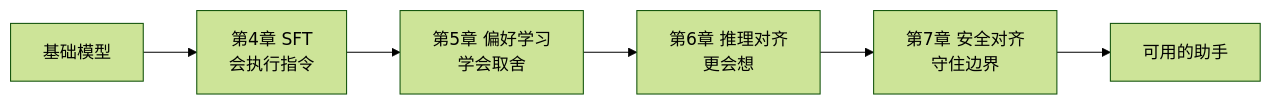
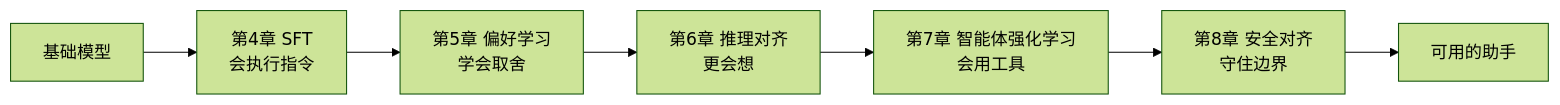
The second of 3 diagrams in 2. Alignment 与训练工程/1. 模型对齐（Alignment）——从基础模型到对话助手.md (AI-learning-simple/Build-Your-Own-LLM), drawn with Mermaid (forest theme) before and after one commit. The commit also changed other lines of this file and 21 other files, not shown here.

````diff
--- a/2. Alignment 与训练工程/1. 模型对齐（Alignment）——从基础模型到对话助手.md
+++ b/2. Alignment 与训练工程/1. 模型对齐（Alignment）——从基础模型到对话助手.md
@@ -173,8 +173,9 @@
 ```mermaid
 flowchart LR
     A[基础模型] --> B["第4章 SFT<br/>会执行指令"]
     B --> C["第5章 偏好学习<br/>学会取舍"]
     C --> D["第6章 推理对齐<br/>更会想"]
-    D --> E["第7章 安全对齐<br/>守住边界"]
-    E --> F[可用的助手]
+    D --> E["第7章 智能体强化学习<br/>会用工具"]
+    E --> F["第8章 安全对齐<br/>守住边界"]
+    F --> G[可用的助手]
 ```
````
